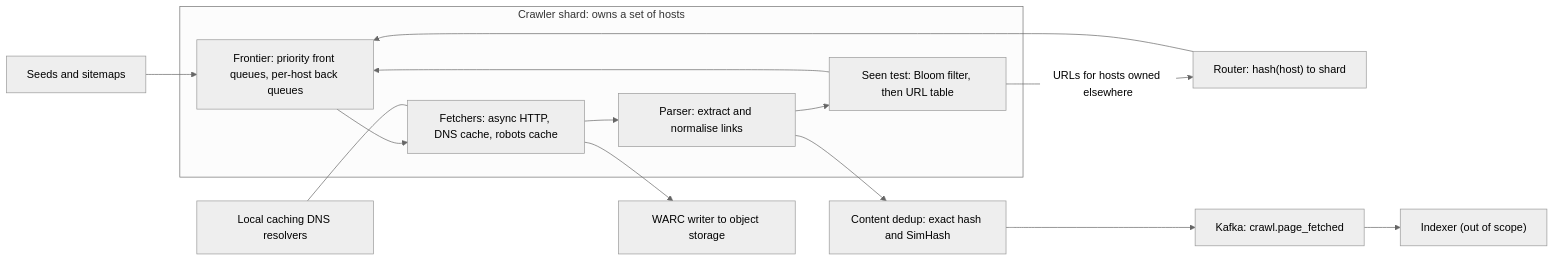
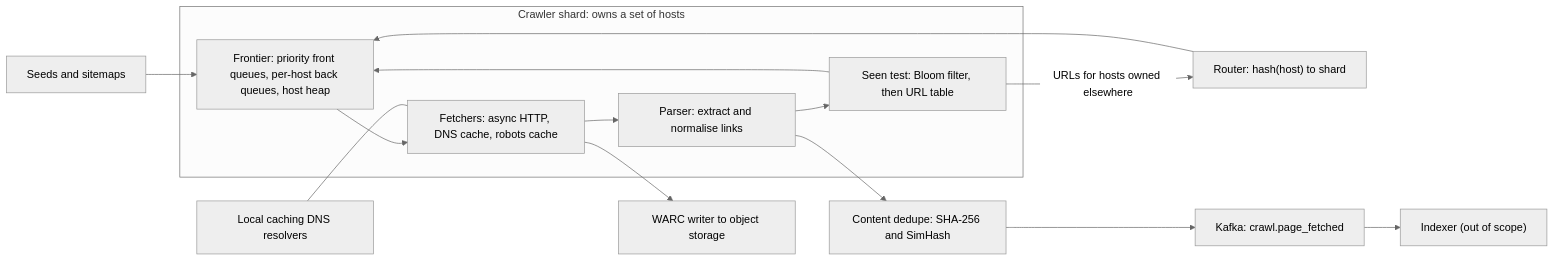
The diagram in content/tracks/09-system-design/03-case-studies/14-web-crawler.md (thull32/ascend), drawn with Mermaid (neutral theme) before and after one commit. The commit also changed other lines of this file and 9 other files, not shown here.

````diff
--- a/content/tracks/09-system-design/03-case-studies/14-web-crawler.md
+++ b/content/tracks/09-system-design/03-case-studies/14-web-crawler.md
@@ -104,17 +98,17 @@
 ```mermaid
 flowchart LR
   S["Seeds and sitemaps"] --> F
   subgraph Shard["Crawler shard: owns a set of hosts"]
-    F["Frontier: priority front queues, per-host back queues"] --> FE["Fetchers: async HTTP, DNS cache, robots cache"]
+    F["Frontier: priority front queues, per-host back queues, host heap"] --> FE["Fetchers: async HTTP, DNS cache, robots cache"]
     FE --> P["Parser: extract and normalise links"]
     P --> U["Seen test: Bloom filter, then URL table"]
     U --> F
   end
   U -->|"URLs for hosts owned elsewhere"| R["Router: hash(host) to shard"]
   R --> F
   FE --> W["WARC writer to object storage"]
-  P --> D["Content dedup: exact hash and SimHash"]
+  P --> D["Content dedupe: SHA-256 and SimHash"]
   D --> K["Kafka: crawl.page_fetched"]
   K --> IDX["Indexer (out of scope)"]
   DNS["Local caching DNS resolvers"] --- FE
 ```
````
